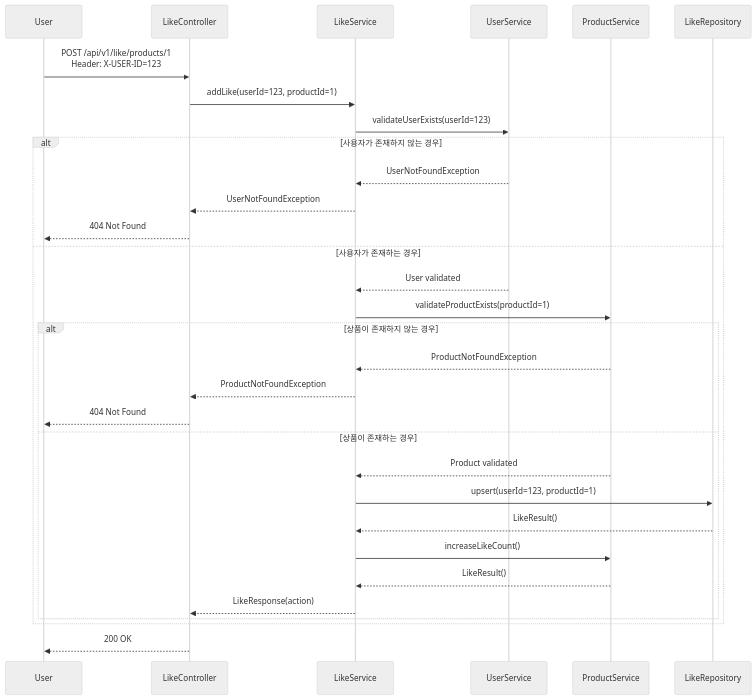
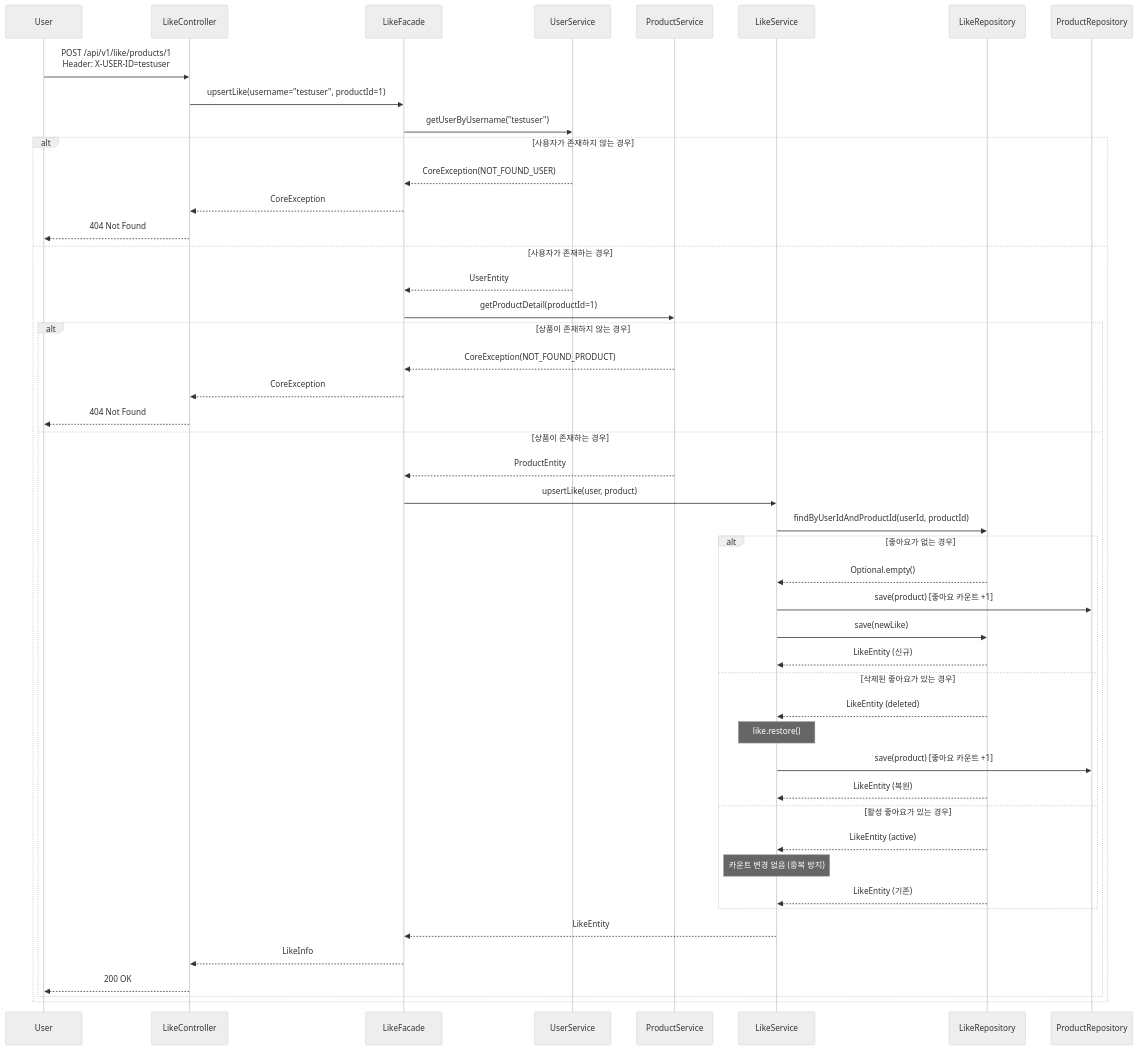
Before and after one commit to hyujikoh/loopers-spring-java-template: the fifth of 12 diagrams in docs/week2/02-sequence-diagrams.md, drawn with Mermaid (neutral theme). The commit also changed other lines of this file and 2 other files, not shown here.

````diff
--- a/docs/week2/02-sequence-diagrams.md
+++ b/docs/week2/02-sequence-diagrams.md
@@ -115,36 +115,55 @@
 ```mermaid
 sequenceDiagram
     participant User
     participant LikeController
-    participant LikeService
+    participant LikeFacade
     participant UserService
     participant ProductService
+    participant LikeService
     participant LikeRepository
+    participant ProductRepository
 
-    User->>LikeController: POST /api/v1/like/products/1<br/>Header: X-USER-ID=123
-    LikeController->>LikeService: addLike(userId=123, productId=1)
+    User->>LikeController: POST /api/v1/like/products/1<br/>Header: X-USER-ID=testuser
+    LikeController->>LikeFacade: upsertLike(username="testuser", productId=1)
     
-    LikeService->>UserService: validateUserExists(userId=123)
+    LikeFacade->>UserService: getUserByUsername("testuser")
     alt 사용자가 존재하지 않는 경우
-        UserService-->>LikeService: UserNotFoundException
-        LikeService-->>LikeController: UserNotFoundException
+        UserService-->>LikeFacade: CoreException(NOT_FOUND_USER)
+        LikeFacade-->>LikeController: CoreException
         LikeController-->>User: 404 Not Found
     else 사용자가 존재하는 경우
-        UserService-->>LikeService: User validated
-        LikeService->>ProductService: validateProductExists(productId=1)
+        UserService-->>LikeFacade: UserEntity
+        
+        LikeFacade->>ProductService: getProductDetail(productId=1)
         alt 상품이 존재하지 않는 경우
-            ProductService-->>LikeService: ProductNotFoundException
-            LikeService-->>LikeController: ProductNotFoundException
+            ProductService-->>LikeFacade: CoreException(NOT_FOUND_PRODUCT)
+            LikeFacade-->>LikeController: CoreException
             LikeController-->>User: 404 Not Found
         else 상품이 존재하는 경우
-            ProductService-->>LikeService: Product validated
-            LikeService->>LikeRepository: upsert(userId=123, productId=1)
-            LikeRepository-->>LikeService: LikeResult()
-            LikeService->>ProductService: increaseLikeCount()
-            ProductService-->>LikeService: LikeResult()
-            LikeService-->>LikeController: LikeResponse(action)
+            ProductService-->>LikeFacade: ProductEntity
+            
+            LikeFacade->>LikeService: upsertLike(user, product)
+            LikeService->>LikeRepository: findByUserIdAndProductId(userId, productId)
+            
+            alt 좋아요가 없는 경우
+                LikeRepository-->>LikeService: Optional.empty()
+                LikeService->>ProductRepository: save(product) [좋아요 카운트 +1]
+                LikeService->>LikeRepository: save(newLike)
+                LikeRepository-->>LikeService: LikeEntity (신규)
+            else 삭제된 좋아요가 있는 경우
+                LikeRepository-->>LikeService: LikeEntity (deleted)
+                Note over LikeService: like.restore()
+                LikeService->>ProductRepository: save(product) [좋아요 카운트 +1]
+                LikeRepository-->>LikeService: LikeEntity (복원)
+            else 활성 좋아요가 있는 경우
+                LikeRepository-->>LikeService: LikeEntity (active)
+                Note over LikeService: 카운트 변경 없음 (중복 방지)
+                LikeRepository-->>LikeService: LikeEntity (기존)
+            end
+            
+            LikeService-->>LikeFacade: LikeEntity
+            LikeFacade-->>LikeController: LikeInfo
+            LikeController-->>User: 200 OK
         end
     end
-    
-    LikeController-->>User: 200 OK
 ```
````
